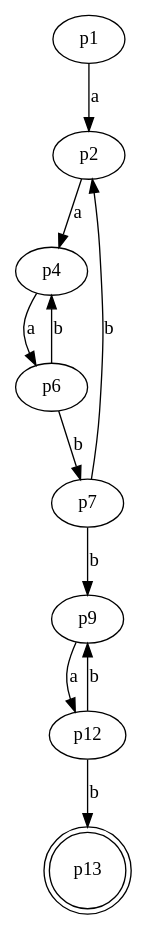
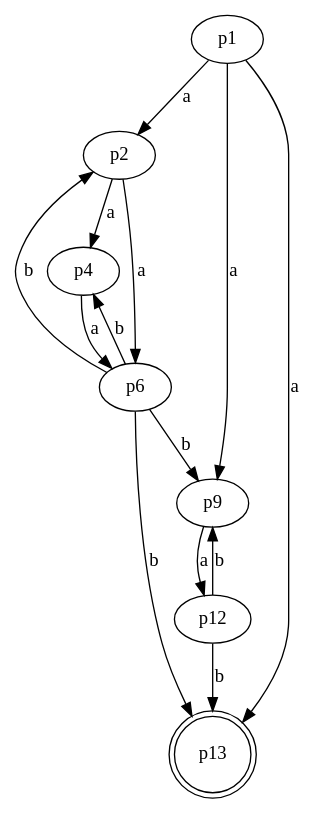
One commit to NRU-MPEI-IMAI/git-Edmelissa changed the diagram in Task3/3_2(del).gv. Above: the diagram before and after it, drawn with Graphviz.

```diff
--- a/Task3/3_2(del).gv
+++ b/Task3/3_2(del).gv
@@ -1,23 +1,29 @@
 digraph G 
 {
     n1 [label = p1]
     n2 [label = p2]
     n4 [label = p4]
     n6 [label = p6]
-    n7 [label = p7]
     n9 [label = p9]
     n12 [label = p12]
     n13[label = p13, shape = doublecircle]
 
 
     n1 -> n2 [label = "a"]
+    n1 -> n9 [label = "a"]
+    n1 -> n13 [label = "a"]
+    
     n2 -> n4 [label = "a"]
+    n2 -> n6 [label = "a"]
+    
     n4 -> n6 [label = "a"]
-    n6 -> n7 [label = "b"]
+    
+    n6 -> n9 [label = "b"]
     n6 -> n4 [label = "b"]
-    n7 -> n9 [label = "b"]
-    n7 -> n2 [label = "b"]
+    n6 -> n2 [label = "b"]
+    n6 -> n13 [label = "b"]
+    
     n9 -> n12 [label = "a"]
     n12 -> n13 [label = "b"]
     n12 -> n9 [label = "b"]
 }
```
